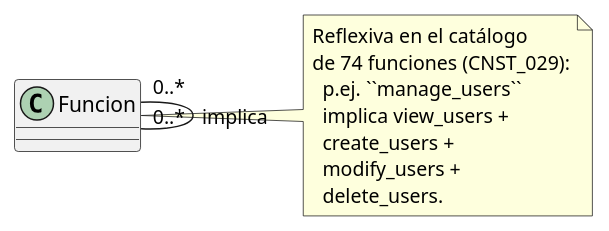
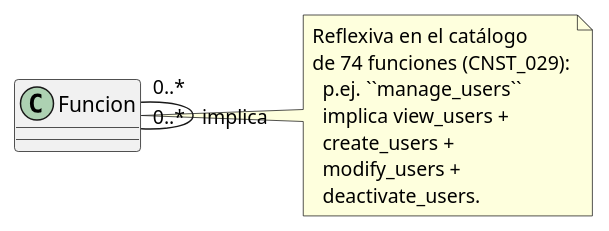
The ninth of 30 diagrams in source/requisitos/_metodologia-aplicacion/relaciones-uml.rst (jcg-admin/IACT-docs), drawn with PlantUML before and after one commit. The commit also changed 1 other file, not shown here.

Commit message:
Fix deactivate_users in methodology PlantUML diagrams
relaciones-uml.rst and diagramas-secuencias.rst had delete_users
in PlantUML code blocks — the v5.3.x name. Updated to deactivate_users
(USR-003 rename in v5.4.0, BR-009 no-delete policy).

```diff
--- a/source/requisitos/_metodologia-aplicacion/relaciones-uml.rst
+++ b/source/requisitos/_metodologia-aplicacion/relaciones-uml.rst
@@ -1022,16 +1022,16 @@
 .. uml::
 
    @startuml
 
    class Funcion
    Funcion "0..*" -- "0..*" Funcion : implica
    note right of Funcion
      Reflexiva en el catálogo
      de 74 funciones (CNST_029):
        p.ej. ``manage_users``
        implica view_users +
        create_users +
        modify_users +
-       delete_users.
+       deactivate_users.
    end note
    @enduml
```
